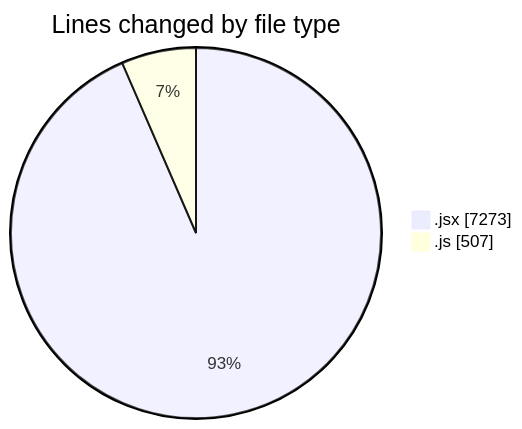
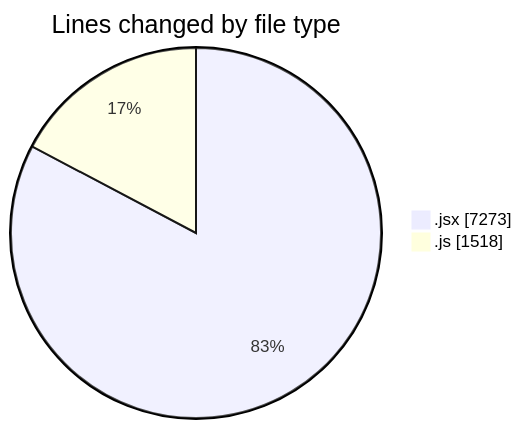
The first of 2 diagrams in 2025-12-11/nxtqube_webapp/README.md (nxtqubesakshisongat/code-tracking), drawn with Mermaid before and after one commit. The commit also changed other lines of this file and 1 other file, not shown here.

````diff
--- a/2025-12-11/nxtqube_webapp/README.md
+++ b/2025-12-11/nxtqube_webapp/README.md
@@ -31,6 +32,6 @@
 ```mermaid
 pie showData
 title Lines changed by file type
 ".jsx" : 7273
-".js" : 507
+".js" : 1518
 ```
````
